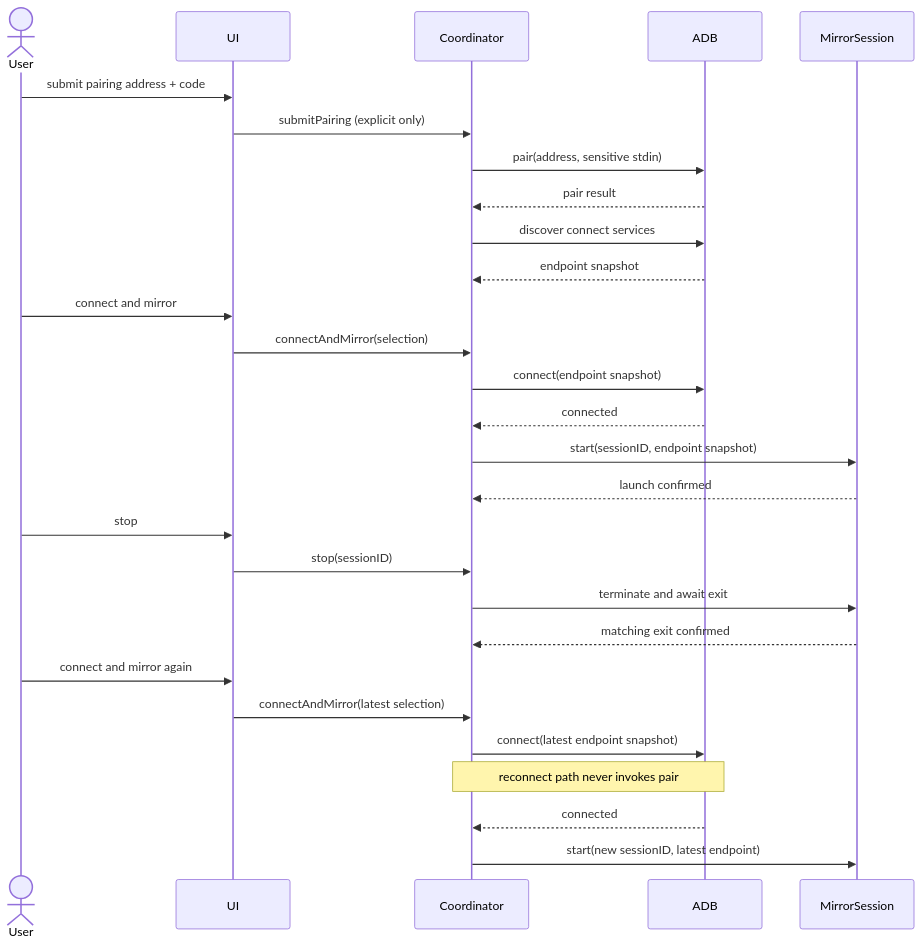
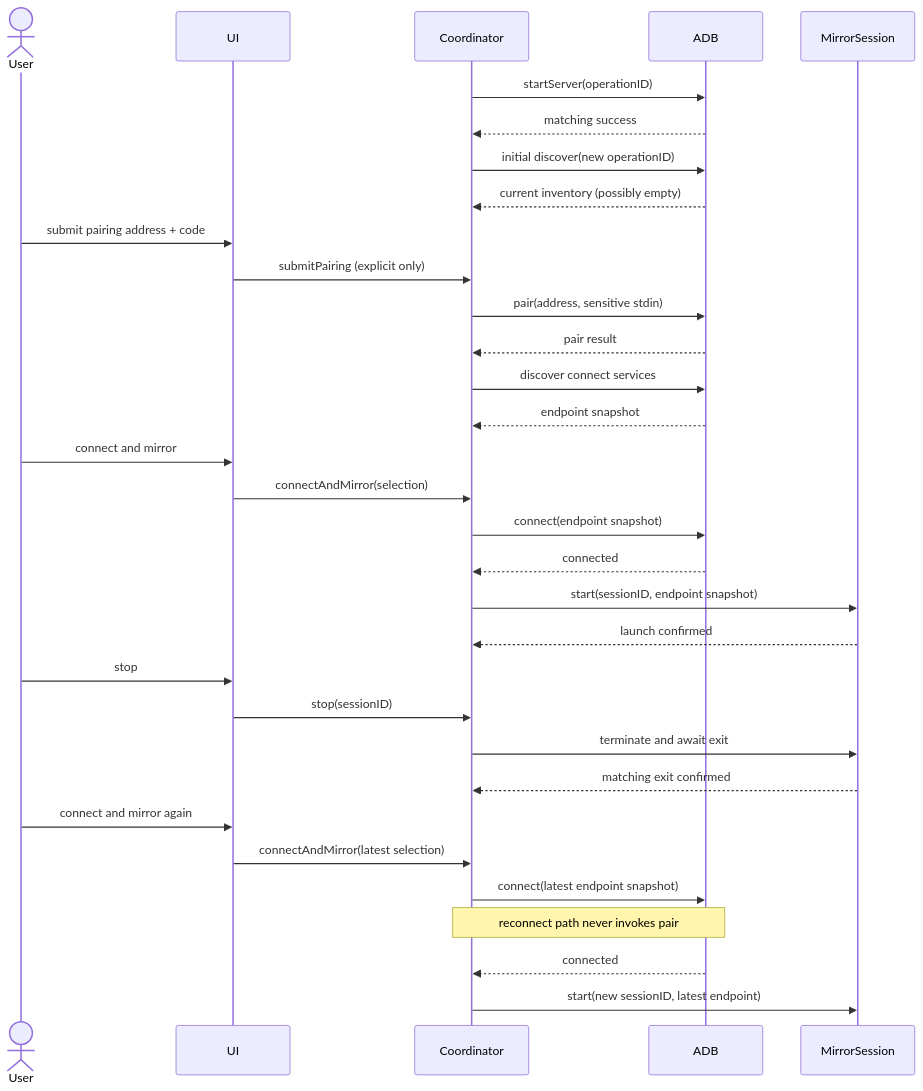
One commit to jihtsan/MirrorBridge changed the second of 2 diagrams in docs/architecture/v0.1-connection-mirroring-lifecycle.md. Above: the diagram before and after it, drawn with Mermaid. The commit also changed other lines of this file, not shown here.

````diff
--- a/docs/architecture/v0.1-connection-mirroring-lifecycle.md
+++ b/docs/architecture/v0.1-connection-mirroring-lifecycle.md
@@ -259,31 +286,35 @@
 ```mermaid
 sequenceDiagram
     actor User
     participant UI
     participant Coordinator
     participant ADB
     participant MirrorSession
 
+    Coordinator->>ADB: startServer(operationID)
+    ADB-->>Coordinator: matching success
+    Coordinator->>ADB: initial discover(new operationID)
+    ADB-->>Coordinator: current inventory (possibly empty)
     User->>UI: submit pairing address + code
     UI->>Coordinator: submitPairing (explicit only)
     Coordinator->>ADB: pair(address, sensitive stdin)
     ADB-->>Coordinator: pair result
     Coordinator->>ADB: discover connect services
     ADB-->>Coordinator: endpoint snapshot
     User->>UI: connect and mirror
     UI->>Coordinator: connectAndMirror(selection)
     Coordinator->>ADB: connect(endpoint snapshot)
     ADB-->>Coordinator: connected
     Coordinator->>MirrorSession: start(sessionID, endpoint snapshot)
     MirrorSession-->>Coordinator: launch confirmed
     User->>UI: stop
     UI->>Coordinator: stop(sessionID)
     Coordinator->>MirrorSession: terminate and await exit
     MirrorSession-->>Coordinator: matching exit confirmed
     User->>UI: connect and mirror again
     UI->>Coordinator: connectAndMirror(latest selection)
     Coordinator->>ADB: connect(latest endpoint snapshot)
     Note over Coordinator,ADB: reconnect path never invokes pair
     ADB-->>Coordinator: connected
     Coordinator->>MirrorSession: start(new sessionID, latest endpoint)
 ```
````
